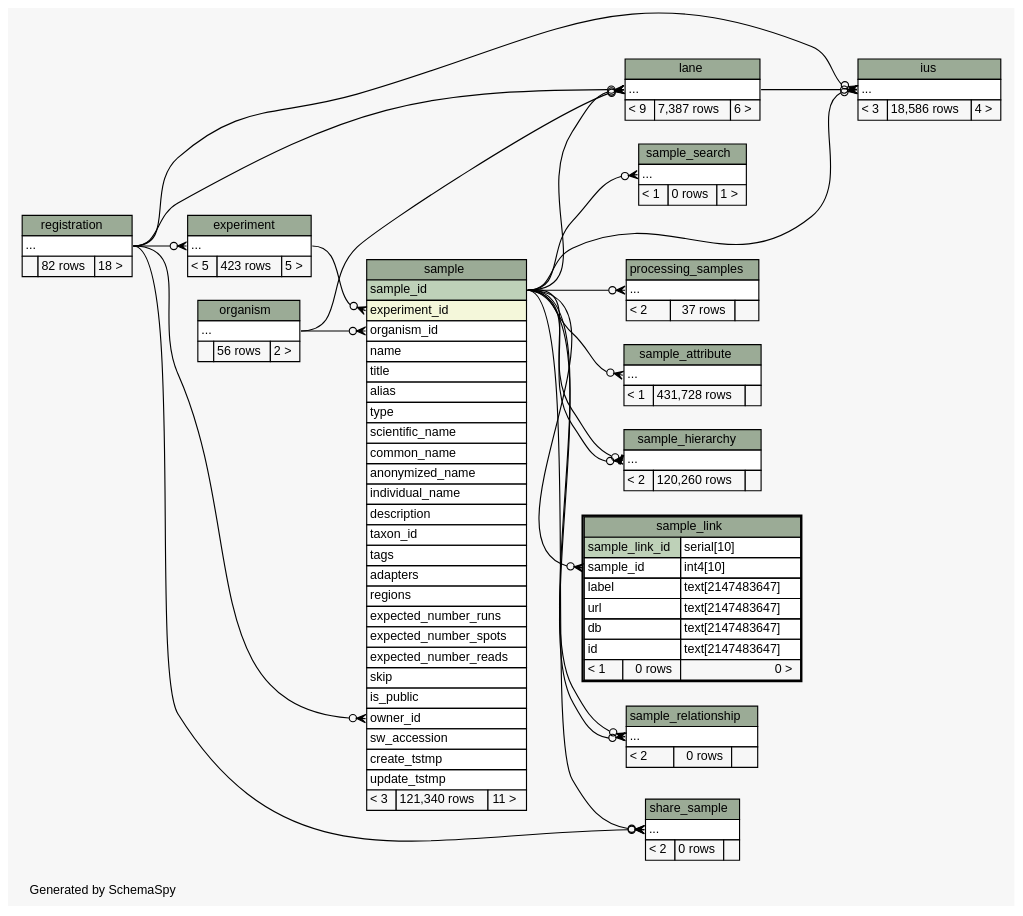
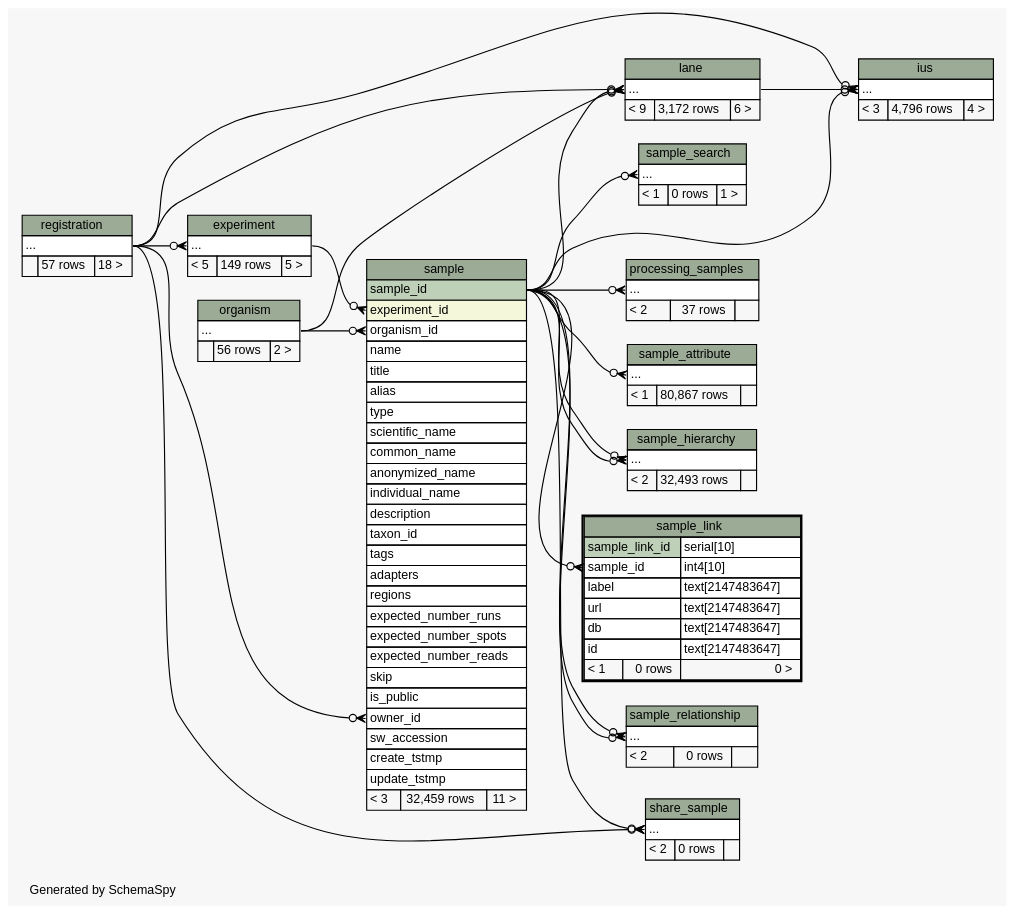
One commit to SeqWare/seqware.github.com changed the diagram in metadb-schema/diagrams/sample_link.2degrees.dot. Above: the diagram before and after it, drawn with Graphviz. The commit also changed 376 other files, not shown here.

```diff
--- a/metadb-schema/diagrams/sample_link.2degrees.dot
+++ b/metadb-schema/diagrams/sample_link.2degrees.dot
@@ -1,4 +1,4 @@
-// dot 2.26.3 on Linux 3.5.0-47-generic
+// dot 2.32.0 on Mac OS X 10.8.3
 // SchemaSpy rev 590
 digraph "twoDegreesRelationshipsDiagram" {
   graph [
@@ -32,7 +32,7 @@
   "sample":"owner_id":w -> "registration":"elipses":e [arrowhead=none dir=back arrowtail=crowodot];
   "sample_attribute":"elipses":w -> "sample":"sample_id":e [arrowhead=none dir=back arrowtail=crowodot];
   "sample_hierarchy":"elipses":w -> "sample":"sample_id":e [arrowhead=none dir=back arrowtail=crowodot];
-  "sample_hierarchy":"elipses":w -> "sample":"sample_id":e [arrowhead=none dir=back arrowtail=teeodot];
+  "sample_hierarchy":"elipses":w -> "sample":"sample_id":e [arrowhead=none dir=back arrowtail=crowodot];
   "sample_link":"sample_id":w -> "sample":"sample_id":e [arrowhead=none dir=back arrowtail=crowodot];
   "sample_relationship":"elipses":w -> "sample":"sample_id":e [arrowhead=none dir=back arrowtail=crowodot];
   "sample_relationship":"elipses":w -> "sample":"sample_id":e [arrowhead=none dir=back arrowtail=crowodot];
@@ -44,7 +44,7 @@
     <TABLE BORDER="0" CELLBORDER="1" CELLSPACING="0" BGCOLOR="#ffffff">
       <TR><TD COLSPAN="3" BGCOLOR="#9bab96" ALIGN="CENTER">experiment</TD></TR>
       <TR><TD PORT="elipses" COLSPAN="3" ALIGN="LEFT">...</TD></TR>
-      <TR><TD ALIGN="LEFT" BGCOLOR="#f7f7f7">&lt; 5</TD><TD ALIGN="RIGHT" BGCOLOR="#f7f7f7">423 rows</TD><TD ALIGN="RIGHT" BGCOLOR="#f7f7f7">5 &gt;</TD></TR>
+      <TR><TD ALIGN="LEFT" BGCOLOR="#f7f7f7">&lt; 5</TD><TD ALIGN="RIGHT" BGCOLOR="#f7f7f7">149 rows</TD><TD ALIGN="RIGHT" BGCOLOR="#f7f7f7">5 &gt;</TD></TR>
     </TABLE>>
     URL="experiment.html"
     tooltip="experiment"
@@ -54,7 +54,7 @@
     <TABLE BORDER="0" CELLBORDER="1" CELLSPACING="0" BGCOLOR="#ffffff">
       <TR><TD COLSPAN="3" BGCOLOR="#9bab96" ALIGN="CENTER">ius</TD></TR>
       <TR><TD PORT="elipses" COLSPAN="3" ALIGN="LEFT">...</TD></TR>
-      <TR><TD ALIGN="LEFT" BGCOLOR="#f7f7f7">&lt; 3</TD><TD ALIGN="RIGHT" BGCOLOR="#f7f7f7">18,586 rows</TD><TD ALIGN="RIGHT" BGCOLOR="#f7f7f7">4 &gt;</TD></TR>
+      <TR><TD ALIGN="LEFT" BGCOLOR="#f7f7f7">&lt; 3</TD><TD ALIGN="RIGHT" BGCOLOR="#f7f7f7">4,796 rows</TD><TD ALIGN="RIGHT" BGCOLOR="#f7f7f7">4 &gt;</TD></TR>
     </TABLE>>
     URL="ius.html"
     tooltip="ius"
@@ -64,7 +64,7 @@
     <TABLE BORDER="0" CELLBORDER="1" CELLSPACING="0" BGCOLOR="#ffffff">
       <TR><TD COLSPAN="3" BGCOLOR="#9bab96" ALIGN="CENTER">lane</TD></TR>
       <TR><TD PORT="elipses" COLSPAN="3" ALIGN="LEFT">...</TD></TR>
-      <TR><TD ALIGN="LEFT" BGCOLOR="#f7f7f7">&lt; 9</TD><TD ALIGN="RIGHT" BGCOLOR="#f7f7f7">7,387 rows</TD><TD ALIGN="RIGHT" BGCOLOR="#f7f7f7">6 &gt;</TD></TR>
+      <TR><TD ALIGN="LEFT" BGCOLOR="#f7f7f7">&lt; 9</TD><TD ALIGN="RIGHT" BGCOLOR="#f7f7f7">3,172 rows</TD><TD ALIGN="RIGHT" BGCOLOR="#f7f7f7">6 &gt;</TD></TR>
     </TABLE>>
     URL="lane.html"
     tooltip="lane"
@@ -94,7 +94,7 @@
     <TABLE BORDER="0" CELLBORDER="1" CELLSPACING="0" BGCOLOR="#ffffff">
       <TR><TD COLSPAN="3" BGCOLOR="#9bab96" ALIGN="CENTER">registration</TD></TR>
       <TR><TD PORT="elipses" COLSPAN="3" ALIGN="LEFT">...</TD></TR>
-      <TR><TD ALIGN="LEFT" BGCOLOR="#f7f7f7">  </TD><TD ALIGN="RIGHT" BGCOLOR="#f7f7f7">82 rows</TD><TD ALIGN="RIGHT" BGCOLOR="#f7f7f7">18 &gt;</TD></TR>
+      <TR><TD ALIGN="LEFT" BGCOLOR="#f7f7f7">  </TD><TD ALIGN="RIGHT" BGCOLOR="#f7f7f7">57 rows</TD><TD ALIGN="RIGHT" BGCOLOR="#f7f7f7">18 &gt;</TD></TR>
     </TABLE>>
     URL="registration.html"
     tooltip="registration"
@@ -128,7 +128,7 @@
       <TR><TD PORT="sw_accession" COLSPAN="3" ALIGN="LEFT">sw_accession</TD></TR>
       <TR><TD PORT="create_tstmp" COLSPAN="3" ALIGN="LEFT">create_tstmp</TD></TR>
       <TR><TD PORT="update_tstmp" COLSPAN="3" ALIGN="LEFT">update_tstmp</TD></TR>
-      <TR><TD ALIGN="LEFT" BGCOLOR="#f7f7f7">&lt; 3</TD><TD ALIGN="RIGHT" BGCOLOR="#f7f7f7">121,340 rows</TD><TD ALIGN="RIGHT" BGCOLOR="#f7f7f7">11 &gt;</TD></TR>
+      <TR><TD ALIGN="LEFT" BGCOLOR="#f7f7f7">&lt; 3</TD><TD ALIGN="RIGHT" BGCOLOR="#f7f7f7">32,459 rows</TD><TD ALIGN="RIGHT" BGCOLOR="#f7f7f7">11 &gt;</TD></TR>
     </TABLE>>
     URL="sample.html"
     tooltip="sample"
@@ -138,7 +138,7 @@
     <TABLE BORDER="0" CELLBORDER="1" CELLSPACING="0" BGCOLOR="#ffffff">
       <TR><TD COLSPAN="3" BGCOLOR="#9bab96" ALIGN="CENTER">sample_attribute</TD></TR>
       <TR><TD PORT="elipses" COLSPAN="3" ALIGN="LEFT">...</TD></TR>
-      <TR><TD ALIGN="LEFT" BGCOLOR="#f7f7f7">&lt; 1</TD><TD ALIGN="RIGHT" BGCOLOR="#f7f7f7">431,728 rows</TD><TD ALIGN="RIGHT" BGCOLOR="#f7f7f7">  </TD></TR>
+      <TR><TD ALIGN="LEFT" BGCOLOR="#f7f7f7">&lt; 1</TD><TD ALIGN="RIGHT" BGCOLOR="#f7f7f7">80,867 rows</TD><TD ALIGN="RIGHT" BGCOLOR="#f7f7f7">  </TD></TR>
     </TABLE>>
     URL="sample_attribute.html"
     tooltip="sample_attribute"
@@ -148,7 +148,7 @@
     <TABLE BORDER="0" CELLBORDER="1" CELLSPACING="0" BGCOLOR="#ffffff">
       <TR><TD COLSPAN="3" BGCOLOR="#9bab96" ALIGN="CENTER">sample_hierarchy</TD></TR>
       <TR><TD PORT="elipses" COLSPAN="3" ALIGN="LEFT">...</TD></TR>
-      <TR><TD ALIGN="LEFT" BGCOLOR="#f7f7f7">&lt; 2</TD><TD ALIGN="RIGHT" BGCOLOR="#f7f7f7">120,260 rows</TD><TD ALIGN="RIGHT" BGCOLOR="#f7f7f7">  </TD></TR>
+      <TR><TD ALIGN="LEFT" BGCOLOR="#f7f7f7">&lt; 2</TD><TD ALIGN="RIGHT" BGCOLOR="#f7f7f7">32,493 rows</TD><TD ALIGN="RIGHT" BGCOLOR="#f7f7f7">  </TD></TR>
     </TABLE>>
     URL="sample_hierarchy.html"
     tooltip="sample_hierarchy"
```
